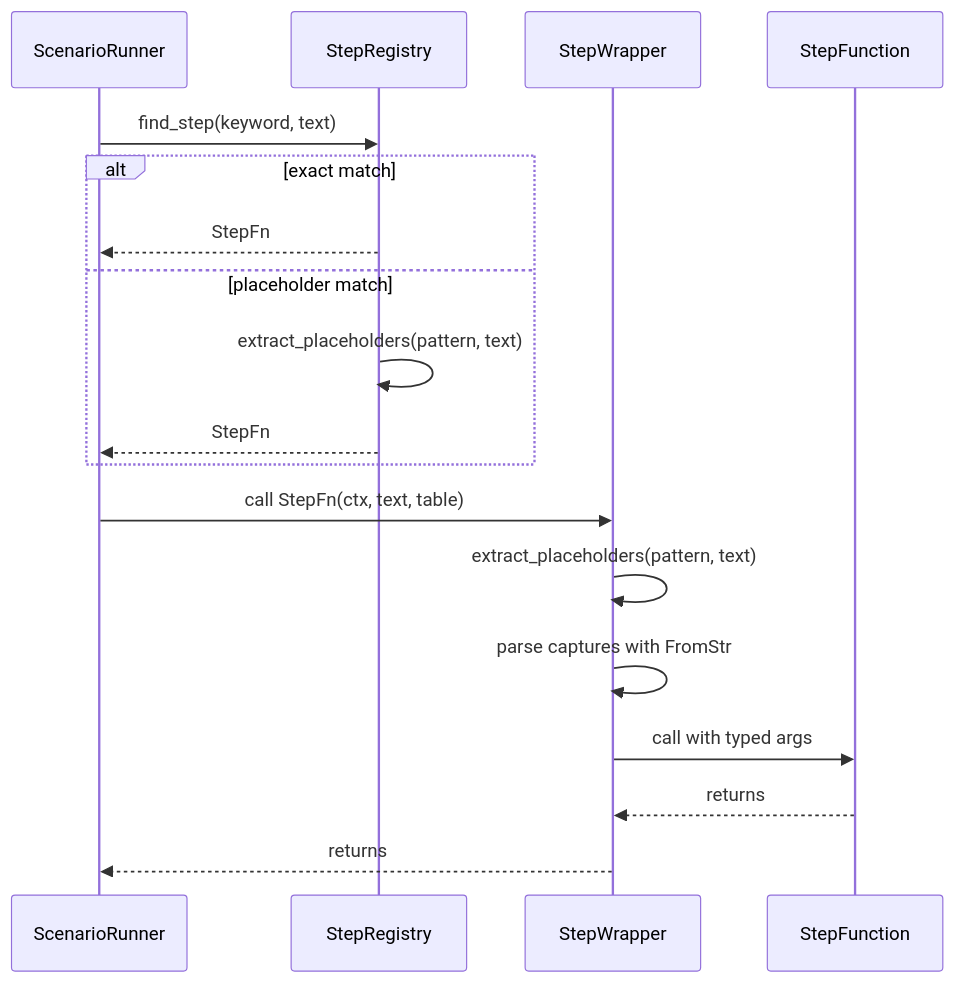
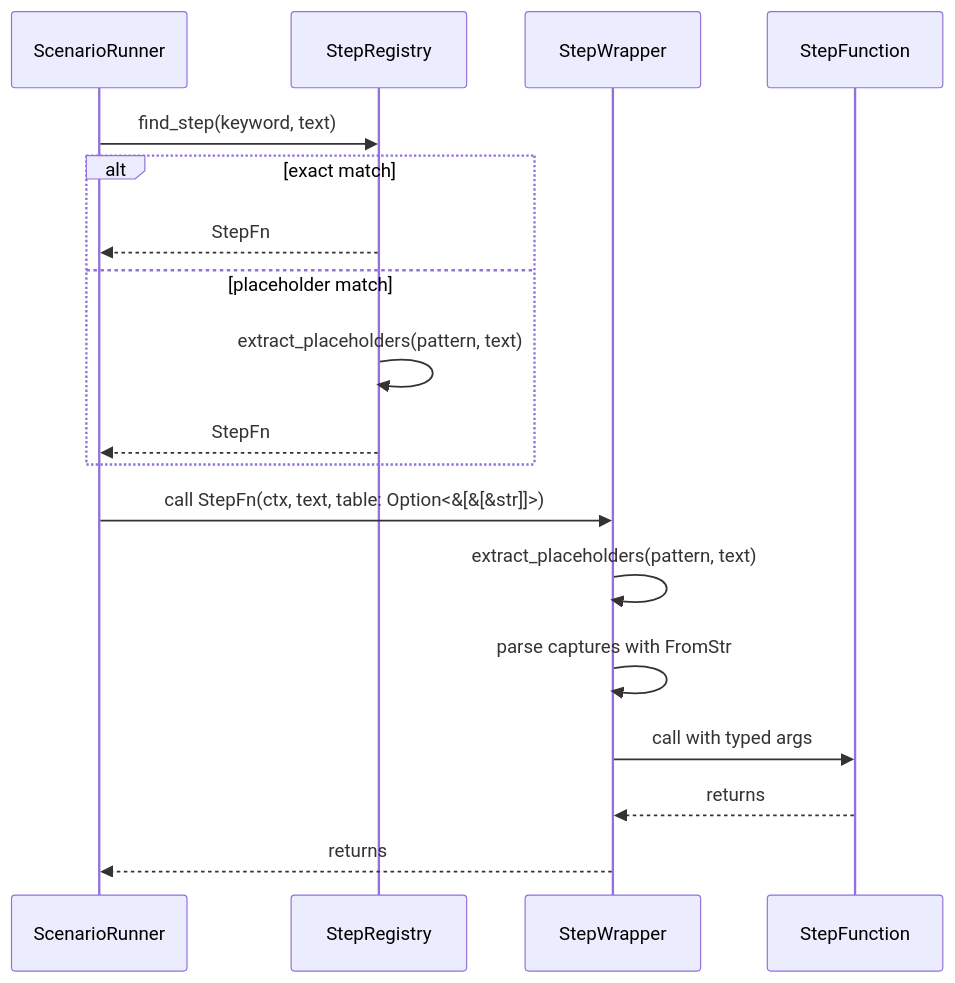
Before and after one commit to leynos/rstest-bdd: the fourth of 4 diagrams in docs/rstest-bdd-design.md, drawn with Mermaid. The commit also changed other lines of this file and 3 other files, not shown here.

````diff
--- a/docs/rstest-bdd-design.md
+++ b/docs/rstest-bdd-design.md
@@ -912,21 +912,21 @@
 ```mermaid
 sequenceDiagram
     participant ScenarioRunner
     participant StepRegistry
     participant StepWrapper
     participant StepFunction
 
     ScenarioRunner->>StepRegistry: find_step(keyword, text)
     alt exact match
         StepRegistry-->>ScenarioRunner: StepFn
     else placeholder match
         StepRegistry->>StepRegistry: extract_placeholders(pattern, text)
         StepRegistry-->>ScenarioRunner: StepFn
     end
-    ScenarioRunner->>StepWrapper: call StepFn(ctx, text, table)
+    ScenarioRunner->>StepWrapper: call StepFn(ctx, text, table: Option<&[&[&str]]>)
     StepWrapper->>StepWrapper: extract_placeholders(pattern, text)
     StepWrapper->>StepWrapper: parse captures with FromStr
     StepWrapper->>StepFunction: call with typed args
     StepFunction-->>StepWrapper: returns
     StepWrapper-->>ScenarioRunner: returns
 ```
````
